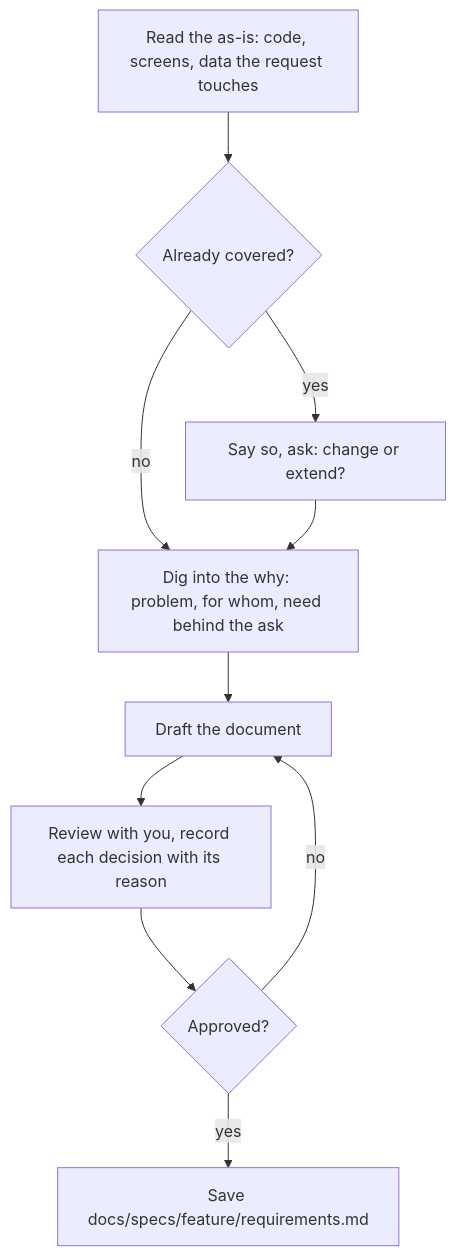
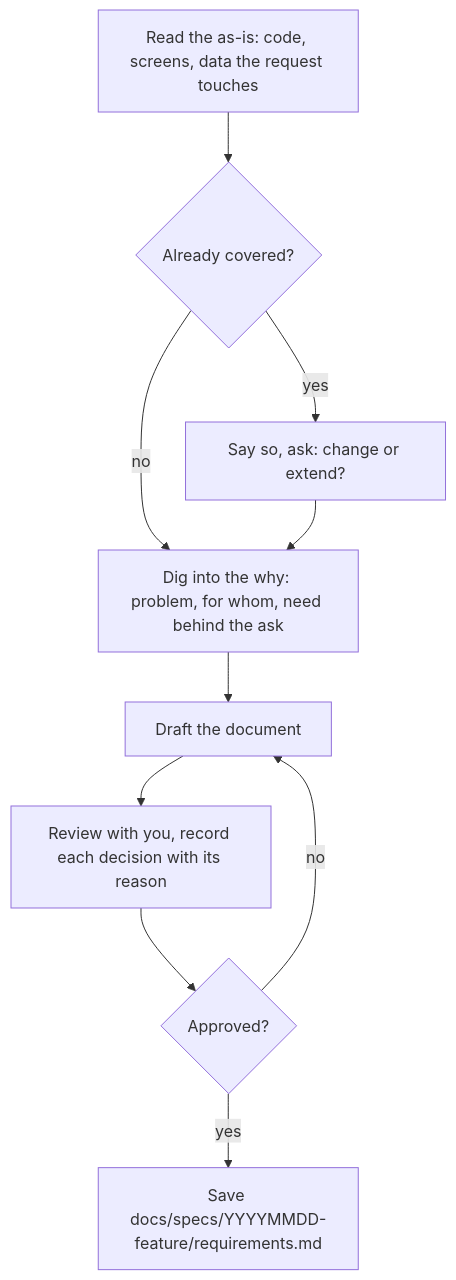
One commit to syakoo/sdf-skills changed the first of 3 diagrams in README.md. Above: the diagram before and after it, drawn with Mermaid. The commit also changed other lines of this file and 2 other files, not shown here.

````diff
--- a/README.md
+++ b/README.md
@@ -31,12 +31,12 @@
 ```mermaid
 flowchart TD
   A["Read the as-is: code, screens, data the request touches"] --> B{"Already covered?"}
   B -- yes --> C["Say so, ask: change or extend?"]
   B -- no --> D["Dig into the why: problem, for whom, need behind the ask"]
   C --> D
   D --> E["Draft the document"]
   E --> F["Review with you, record each decision with its reason"]
   F --> G{"Approved?"}
   G -- no --> E
-  G -- yes --> H["Save docs/specs/feature/requirements.md"]
+  G -- yes --> H["Save docs/specs/YYYYMMDD-feature/requirements.md"]
 ```
````
